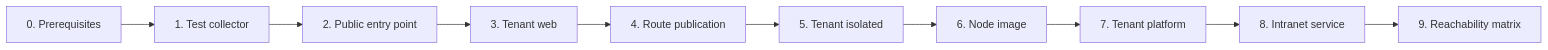
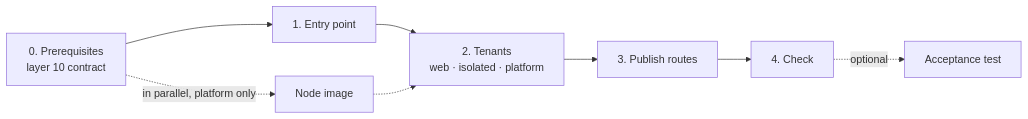
The second of 2 diagrams in README.md (CyprisTech/openstack-multitenant-reference), drawn with Mermaid before and after one commit. The commit also changed other lines of this file and 1 other file, not shown here.

First line of the commit message:
README: quick start in four steps, acceptance test apart; spec for public clouds

````diff
--- a/README.md
+++ b/README.md
@@ -189,4 +156,10 @@
 ```mermaid
 flowchart LR
-    P["0. Prerequisites"] --> C["1. Test collector"] --> E["2. Public entry point"] --> W["3. Tenant web"] --> R["4. Route publication"] --> I["5. Tenant isolated"] --> IMG["6. Node image"] --> K["7. Tenant platform"] --> S["8. Intranet service"] --> M["9. Reachability matrix"]
+    P["0. Prerequisites<br/>layer 10 contract"] --> E["1. Entry point"]
+    E --> T["2. Tenants<br/>web · isolated · platform"]
+    T --> R["3. Publish routes"]
+    R --> C["4. Check"]
+    P -.->|"in parallel, platform only"| IMG["Node image"]
+    IMG -.-> T
+    C -.->|"optional"| A["Acceptance test"]
 ```
````
